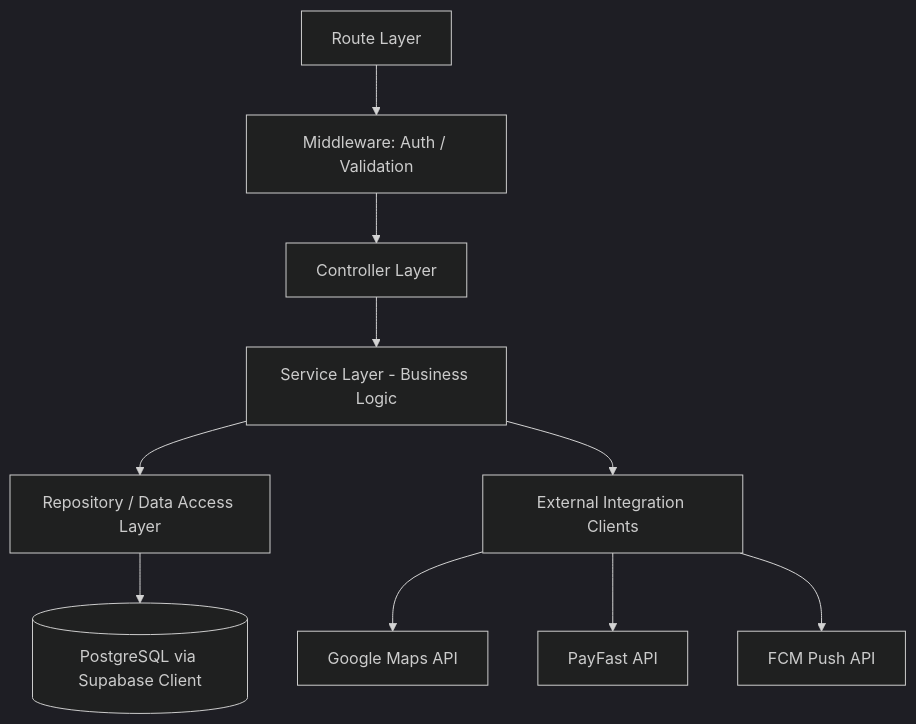
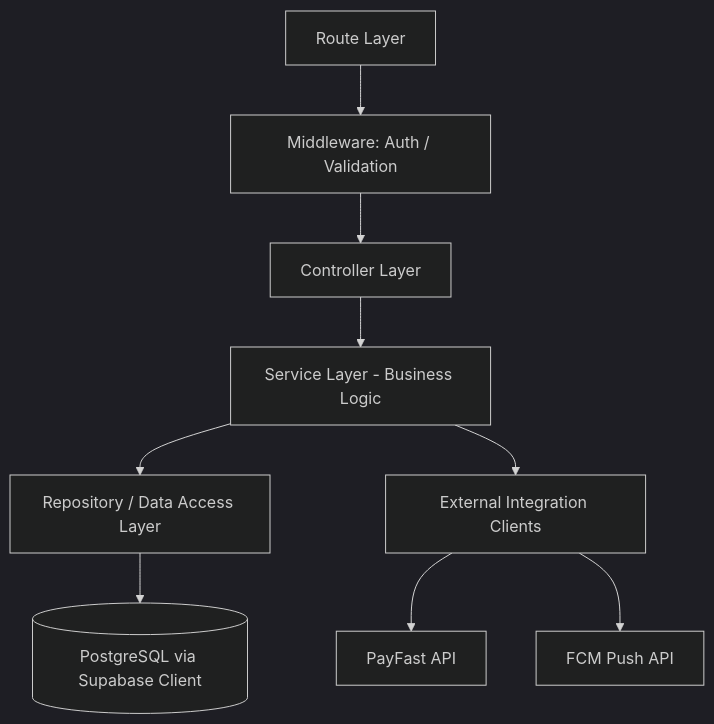
Before and after one commit to Katlegomalema/connectlocal: the diagram in docs/architecture/Backend-Architecture.md, drawn with Mermaid (dark theme). The commit also changed other lines of this file and 378 other files, not shown here.

````diff
--- a/docs/architecture/Backend-Architecture.md
+++ b/docs/architecture/Backend-Architecture.md
@@ -16,12 +16,11 @@
 ```mermaid
 flowchart TD
     A[Route Layer] --> B[Middleware: Auth / Validation]
     B --> C[Controller Layer]
     C --> D[Service Layer - Business Logic]
     D --> E[Repository / Data Access Layer]
     E --> F[(PostgreSQL via Supabase Client)]
     D --> G[External Integration Clients]
-    G --> H[Google Maps API]
-    G --> I[PayFast API]
-    G --> J[FCM Push API]
+    G --> H[PayFast API]
+    G --> I[FCM Push API]
 ```
````
